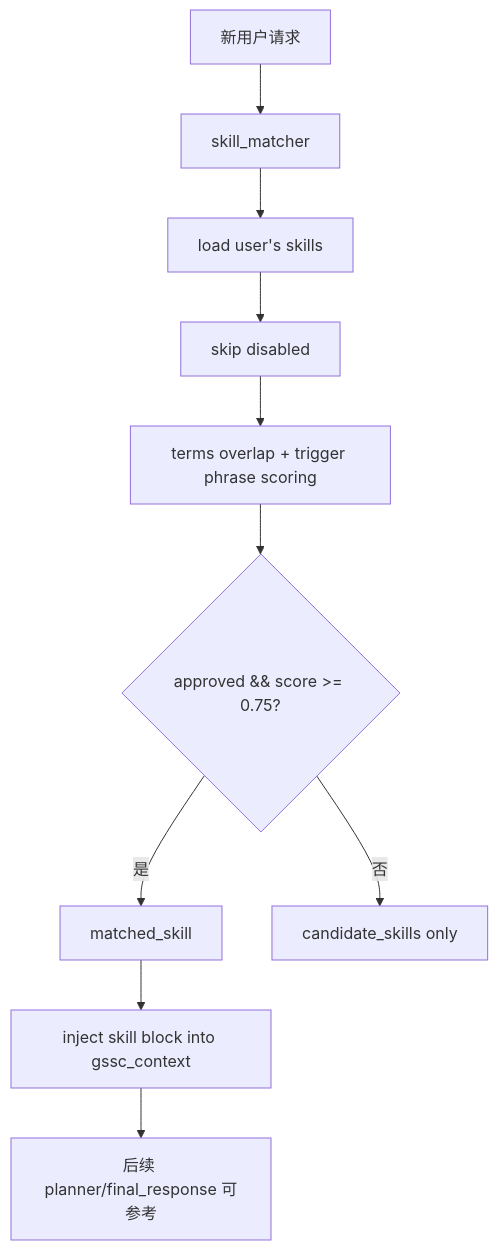
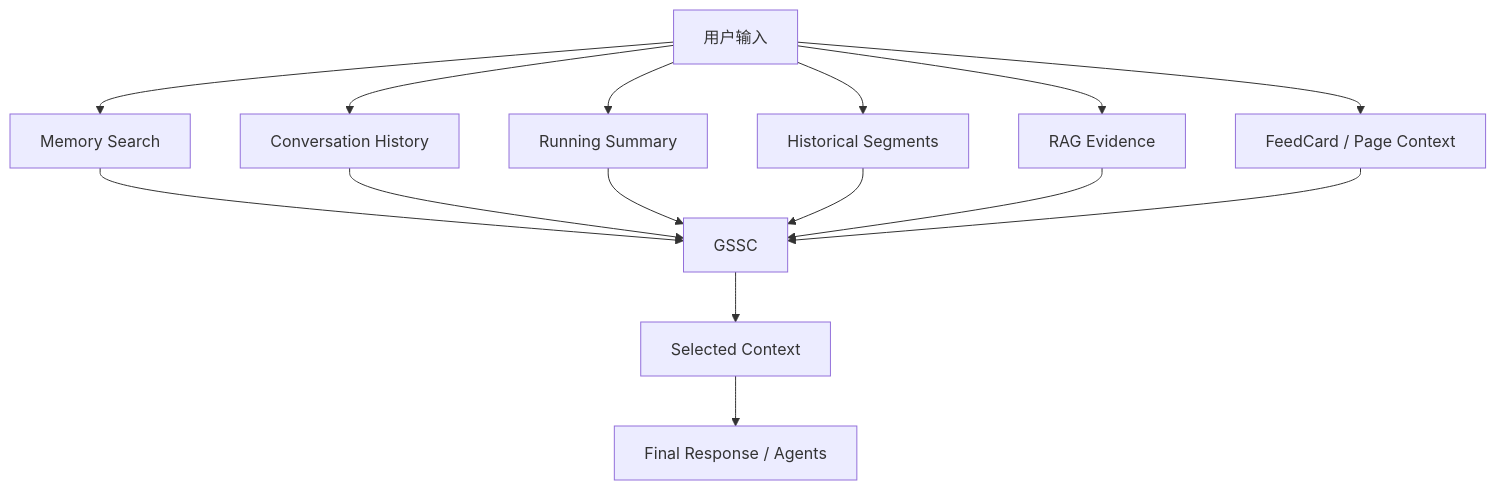
One commit to Ordish-cell/InsightGap-Agent changed diagram 20 of 27 in agent面试.md. Above: the diagram before and after it, drawn with Mermaid. The commit also changed other lines of this file and 16 other files, not shown here.

````diff
--- a/agent面试.md
+++ b/agent面试.md
@@ -2277,12 +1674,17 @@
 ```mermaid
 flowchart TD
-    A["新用户请求"] --> B["skill_matcher"]
-    B --> C["load user's skills"]
-    C --> D["skip disabled"]
-    D --> E["terms overlap + trigger phrase scoring"]
-    E --> F{"approved && score >= 0.75?"}
-    F -->|是| G["matched_skill"]
-    F -->|否| H["candidate_skills only"]
-    G --> I["inject skill block into gssc_context"]
-    I --> J["后续 planner/final_response 可参考"]
+    A["用户输入"] --> B["Memory Search"]
+    A --> C["Conversation History"]
+    A --> D["Running Summary"]
+    A --> E["Historical Segments"]
+    A --> F["RAG Evidence"]
+    A --> G["FeedCard / Page Context"]
+    B --> H["GSSC"]
+    C --> H
+    D --> H
+    E --> H
+    F --> H
+    G --> H
+    H --> I["Selected Context"]
+    I --> J["Final Response / Agents"]
 ```
````
